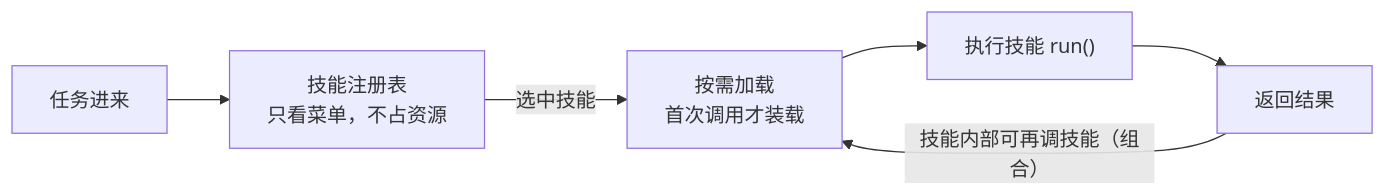
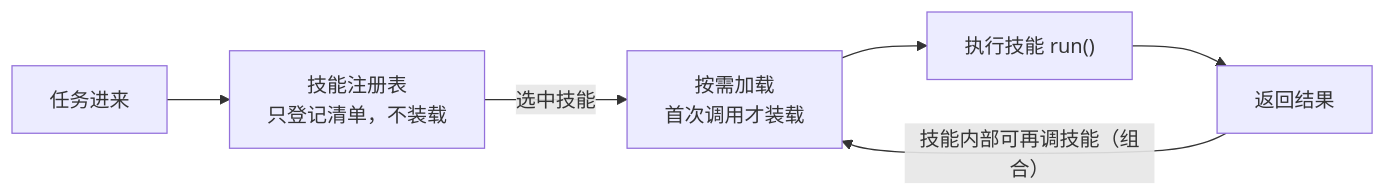
Before and after one commit to xxxAndlk/AI_Agent_Learning_path: the diagram in 06.Agent系统与智能体/第06课_AgentSkills技能系统/第06课.md, drawn with Mermaid. The commit also changed other lines of this file and 3 other files, not shown here.

````diff
--- a/06.Agent系统与智能体/第06课_AgentSkills技能系统/第06课.md
+++ b/06.Agent系统与智能体/第06课_AgentSkills技能系统/第06课.md
@@ -15,8 +17,8 @@
 ```mermaid
 flowchart LR
-    T["任务进来"] --> M["技能注册表<br/>只看菜单，不占资源"]
+    T["任务进来"] --> M["技能注册表<br/>只登记清单，不装载"]
     M -- "选中技能" --> L["按需加载<br/>首次调用才装载"]
     L --> R["执行技能 run()"]
     R --> O["返回结果"]
     O -- "技能内部可再调技能（组合）" --> L
 ```
````
